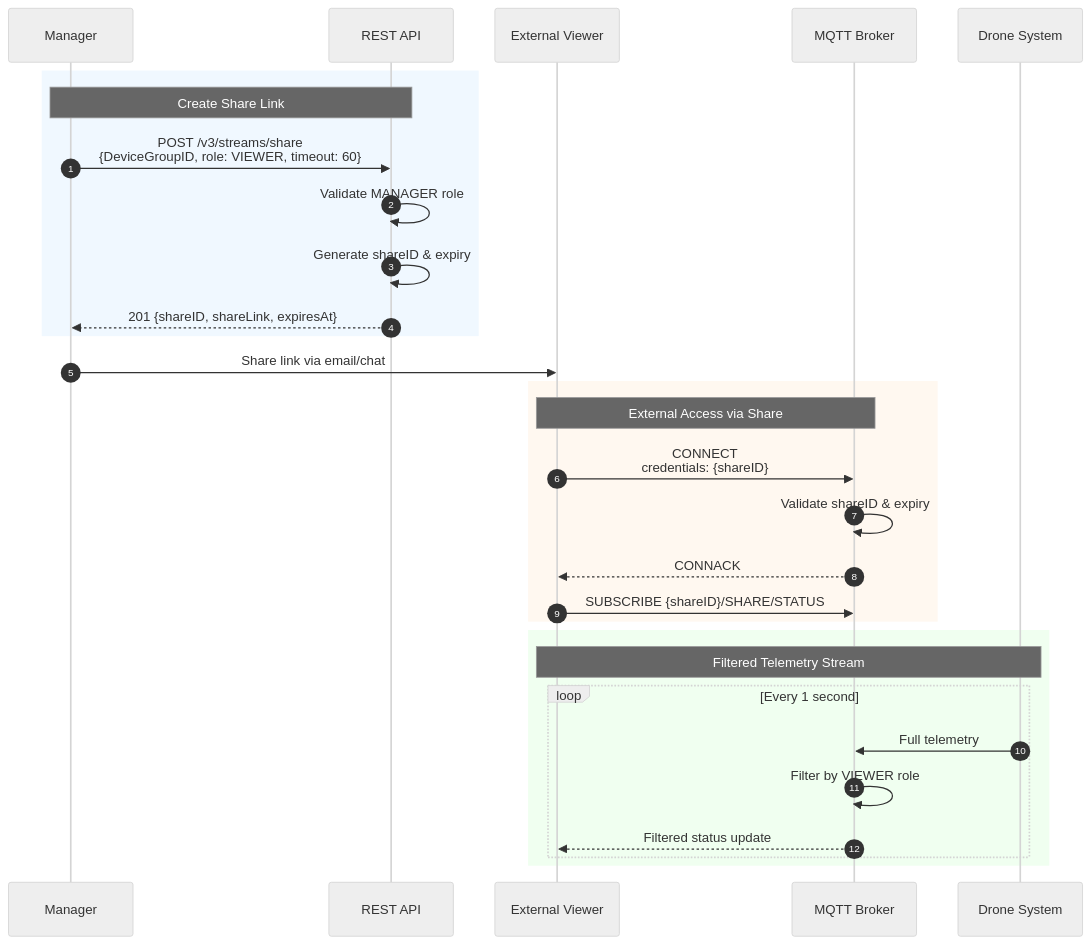
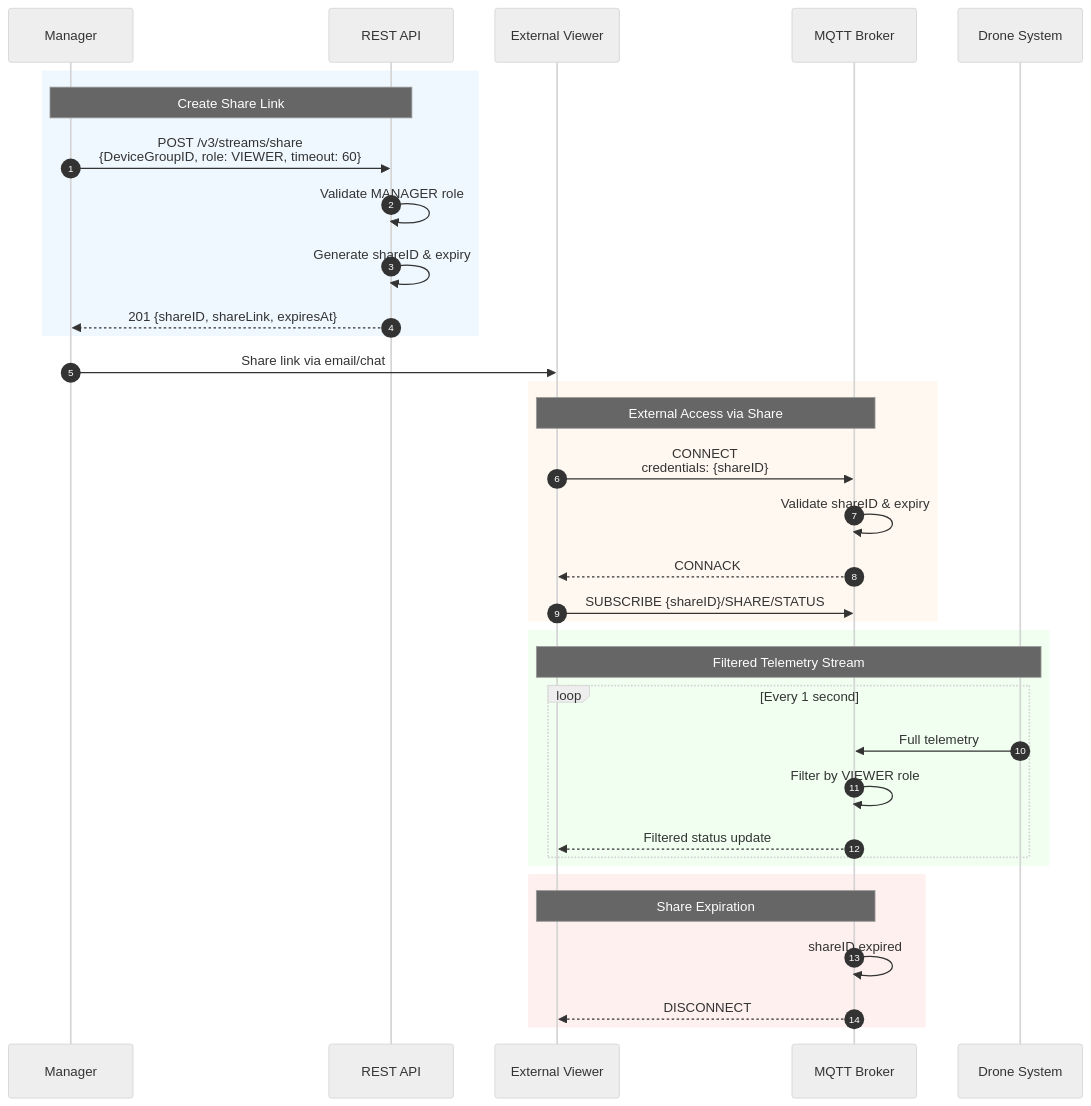
Before and after one commit to Idroneimages-LTD/IDI-DOCUMENTATION: the third of 8 diagrams in index.md, drawn with Mermaid (neutral theme). The commit also changed other lines of this file, not shown here.

````diff
--- a/index.md
+++ b/index.md
@@ -96,36 +123,42 @@
 ```mermaid
 sequenceDiagram
     autonumber
     participant Manager
     participant REST API
     participant External Viewer
     participant MQTT Broker
     participant Drone System
 
     rect rgb(240, 248, 255)
         Note over Manager,REST API: Create Share Link
         Manager->>REST API: POST /v3/streams/share<br/>{DeviceGroupID, role: VIEWER, timeout: 60}
         REST API->>REST API: Validate MANAGER role
         REST API->>REST API: Generate shareID & expiry
         REST API-->>Manager: 201 {shareID, shareLink, expiresAt}
     end
 
     Manager->>External Viewer: Share link via email/chat
 
     rect rgb(255, 248, 240)
         Note over External Viewer,MQTT Broker: External Access via Share
         External Viewer->>MQTT Broker: CONNECT<br/>credentials: {shareID}
         MQTT Broker->>MQTT Broker: Validate shareID & expiry
         MQTT Broker-->>External Viewer: CONNACK
         External Viewer->>MQTT Broker: SUBSCRIBE {shareID}/SHARE/STATUS
     end
 
     rect rgb(240, 255, 240)
         Note over Drone System,External Viewer: Filtered Telemetry Stream
         loop Every 1 second
             Drone System->>MQTT Broker: Full telemetry
             MQTT Broker->>MQTT Broker: Filter by VIEWER role
             MQTT Broker-->>External Viewer: Filtered status update
         end
     end
+
+    rect rgb(255, 240, 240)
+        Note over MQTT Broker,External Viewer: Share Expiration
+        MQTT Broker->>MQTT Broker: shareID expired
+        MQTT Broker-->>External Viewer: DISCONNECT
+    end
 ```
````
